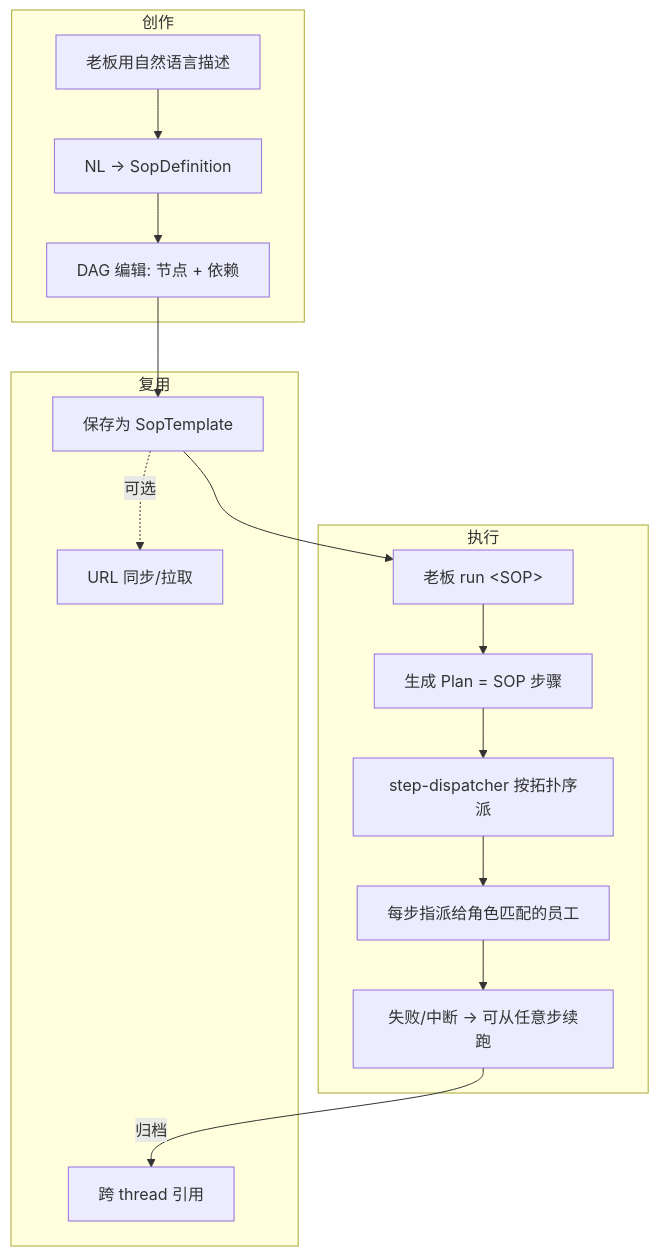
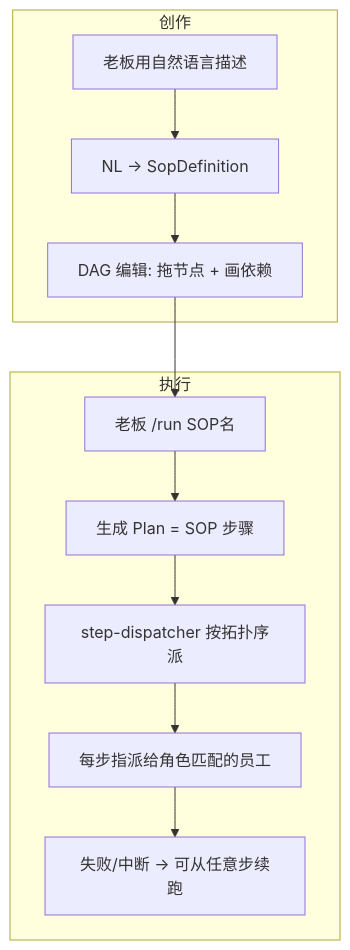
The fifth of 7 diagrams in Docs/business-logic-map.md (mike007jd/Offisim), drawn with Mermaid before and after one commit. The commit also changed other lines of this file, not shown here.

````diff
--- a/Docs/business-logic-map.md
+++ b/Docs/business-logic-map.md
@@ -170,25 +209,14 @@
 ```mermaid
 graph TB
   subgraph Author[创作]
-    A1[老板用自然语言描述]
-    A2[NL → SopDefinition]
-    A3[DAG 编辑: 节点 + 依赖]
+    A1[老板用自然语言描述] --> A2[NL → SopDefinition]
+    A2 --> A3[DAG 编辑: 拖节点 + 画依赖]
   end
   subgraph Run[执行]
-    R1[老板 run &lt;SOP&gt;]
-    R2[生成 Plan = SOP 步骤]
-    R3[step-dispatcher 按拓扑序派]
-    R4[每步指派给角色匹配的员工]
-    R5[失败/中断 → 可从任意步续跑]
+    R1["老板 /run SOP名"] --> R2[生成 Plan = SOP 步骤]
+    R2 --> R3[step-dispatcher 按拓扑序派]
+    R3 --> R4[每步指派给角色匹配的员工]
+    R4 --> R5["失败/中断 → 可从任意步续跑"]
   end
-  subgraph Reuse[复用]
-    S1[保存为 SopTemplate]
-    S2[跨 thread 引用]
-    S3[URL 同步/拉取]
-  end
-
-  A1 --> A2 --> A3 --> S1
-  S1 --> R1 --> R2 --> R3 --> R4 --> R5
-  R5 -->|归档| S2
-  S1 -. 可选 .-> S3
+  A3 --> R1
 ```
````
